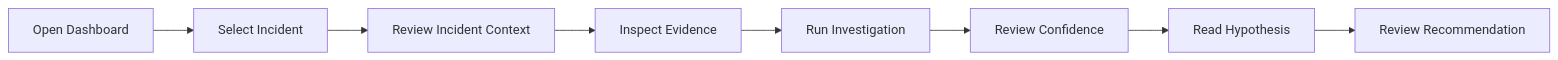
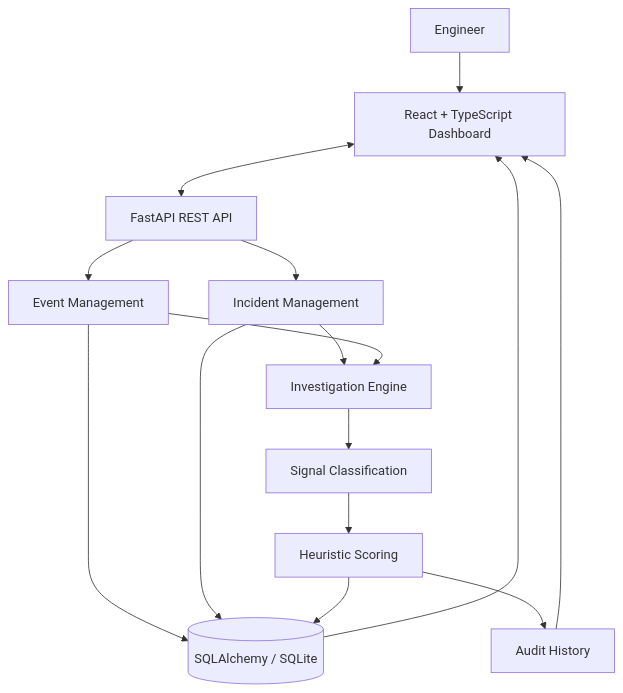
Before and after one commit to akankshad1712/opspilot-ai: the first of 2 diagrams in README.md, drawn with Mermaid. The commit also changed other lines of this file, not shown here.

````diff
--- a/README.md
+++ b/README.md
@@ -452,10 +53,38 @@
 ```mermaid
-flowchart LR
-    A["Open Dashboard"] --> B["Select Incident"]
-    B --> C["Review Incident Context"]
-    C --> D["Inspect Evidence"]
-    D --> E["Run Investigation"]
-    E --> F["Review Confidence"]
-    F --> G["Read Hypothesis"]
-    G --> H["Review Recommendation"]
+flowchart TB
+    U["Engineer"]
+    UI["React + TypeScript Dashboard"]
+
+    API["FastAPI REST API"]
+
+    EVENT["Event Management"]
+    INCIDENT["Incident Management"]
+
+    ENGINE["Investigation Engine"]
+    SIGNAL["Signal Classification"]
+    SCORE["Heuristic Scoring"]
+
+    DB[("SQLAlchemy / SQLite")]
+    AUDIT["Audit History"]
+
+    U --> UI
+    UI <--> API
+
+    API --> EVENT
+    API --> INCIDENT
+
+    EVENT --> DB
+    INCIDENT --> DB
+
+    INCIDENT --> ENGINE
+    EVENT --> ENGINE
+
+    ENGINE --> SIGNAL
+    SIGNAL --> SCORE
+
+    SCORE --> DB
+    SCORE --> AUDIT
+
+    DB --> UI
+    AUDIT --> UI
 ```
````
